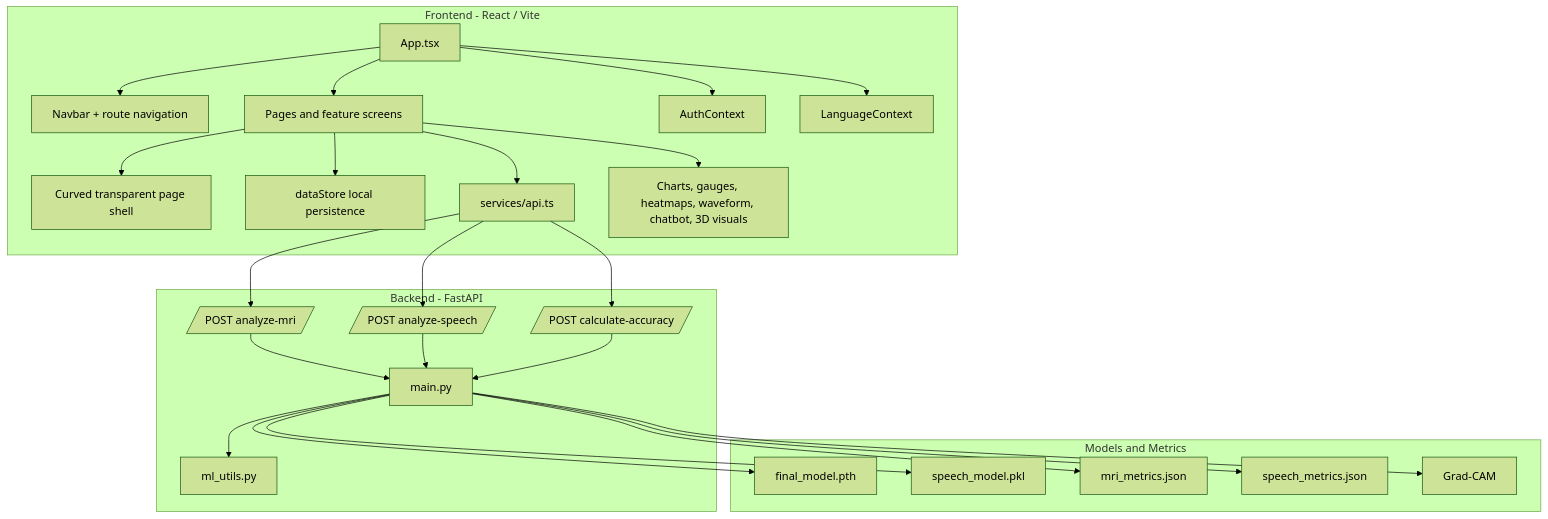
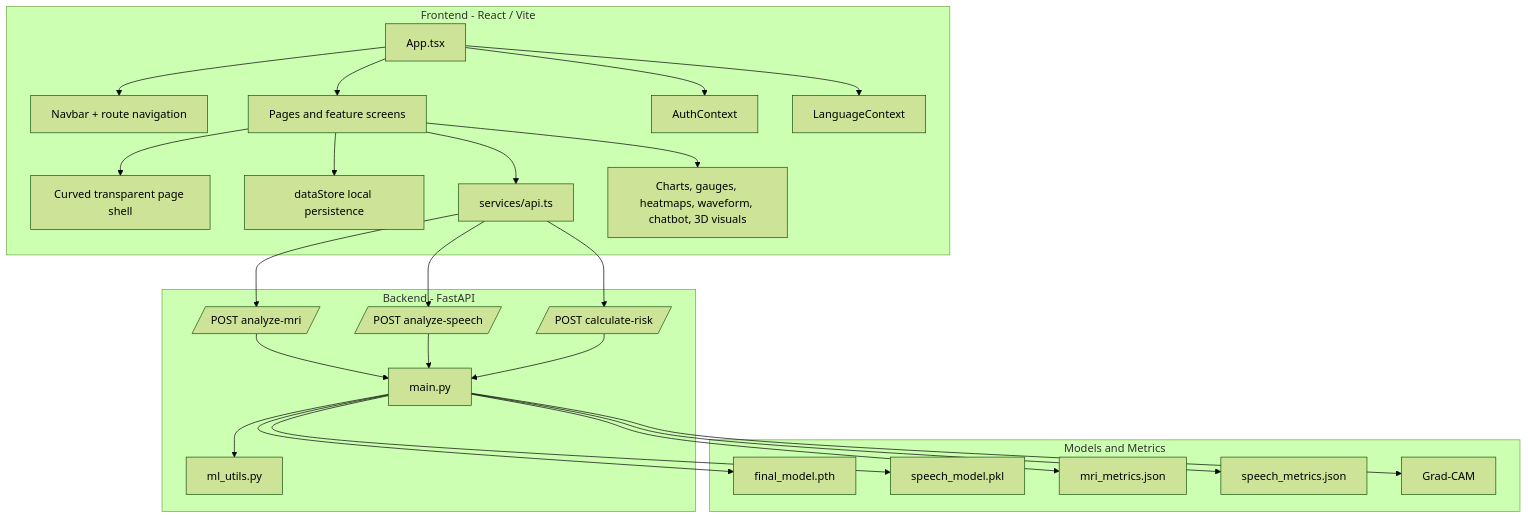
Before and after one commit to ianubhavsharma05/Neurolab: the diagram in docs/APPLICATION_ARCHITECTURE_FLOWCHART.md, drawn with Mermaid (forest theme). The commit also changed other lines of this file and 18 other files, not shown here.

````diff
--- a/docs/APPLICATION_ARCHITECTURE_FLOWCHART.md
+++ b/docs/APPLICATION_ARCHITECTURE_FLOWCHART.md
@@ -5,54 +5,54 @@
 ```mermaid
 graph TB
     subgraph Frontend[Frontend - React / Vite]
         App[App.tsx]
         Navbar[Navbar + route navigation]
         Pages[Pages and feature screens]
         AuthContext[AuthContext]
         LanguageContext[LanguageContext]
         PageShell[Curved transparent page shell]
         DataStore[dataStore local persistence]
         API[services/api.ts]
         UI[Charts, gauges, heatmaps, waveform, chatbot, 3D visuals]
     end
 
     subgraph Backend[Backend - FastAPI]
         Main[main.py]
         MRIEndpoint[/POST analyze-mri/]
         SpeechEndpoint[/POST analyze-speech/]
-        AccuracyEndpoint[/POST calculate-accuracy/]
+        RiskEndpoint[/POST calculate-risk/]
         MLUtils[ml_utils.py]
     end
 
     subgraph Models[Models and Metrics]
         MRIModel[final_model.pth]
         SpeechModel[speech_model.pkl]
         MRIMetrics[mri_metrics.json]
         SpeechMetrics[speech_metrics.json]
         GradCAM[Grad-CAM]
     end
 
     App --> Navbar
     App --> Pages
     App --> AuthContext
     App --> LanguageContext
     Pages --> PageShell
     Pages --> DataStore
     Pages --> API
     Pages --> UI
 
     API --> MRIEndpoint
     API --> SpeechEndpoint
-    API --> AccuracyEndpoint
+    API --> RiskEndpoint
 
     MRIEndpoint --> Main
     SpeechEndpoint --> Main
-    AccuracyEndpoint --> Main
+    RiskEndpoint --> Main
 
     Main --> MLUtils
     Main --> MRIModel
     Main --> SpeechModel
     Main --> MRIMetrics
     Main --> SpeechMetrics
     Main --> GradCAM
 ```
````
